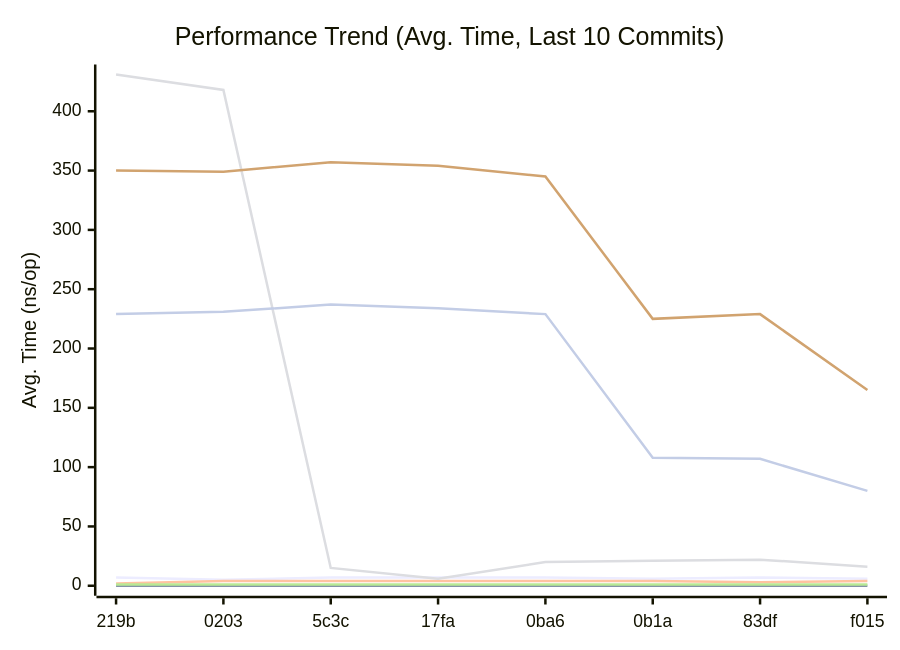
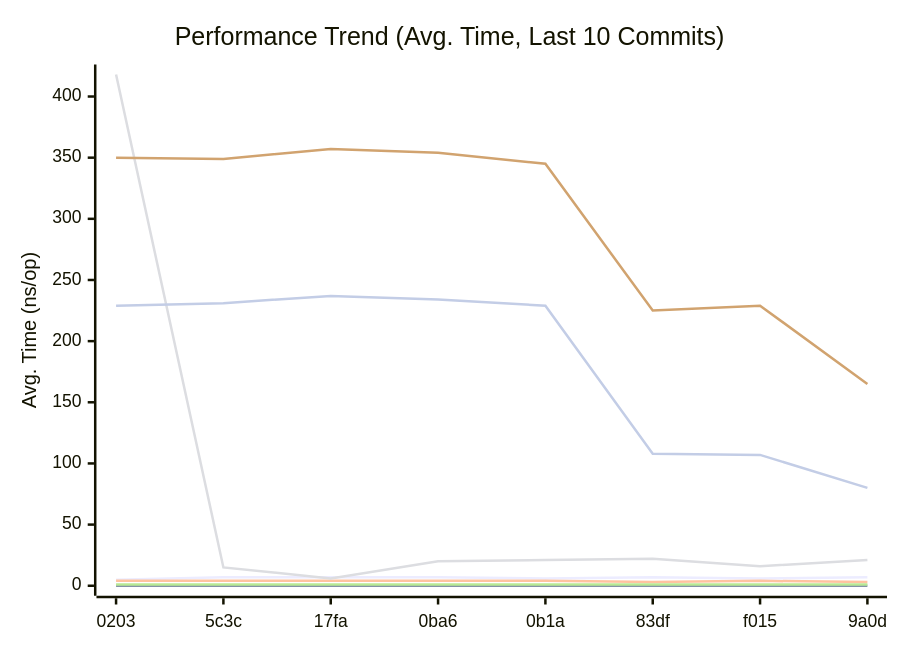
One commit to alsotoes/momo changed the first of 3 diagrams in docs/README.md. Above: the diagram before and after it, drawn with Mermaid. The commit also changed other lines of this file and 1 other file, not shown here.

````diff
--- a/docs/README.md
+++ b/docs/README.md
@@ -188,14 +188,14 @@
 ```mermaid
 xychart-beta
     title "Performance Trend (Avg. Time, Last 10 Commits)"
     x-axis "Commit"
     y-axis "Avg. Time (ns/op)"
-    x-axis [219b,0203,5c3c,17fa,0ba6,0b1a,83df,f015]
-    line "CheckMetricsAndSwap" [7,5,7,7,7,6,7,6,7,7]
+    x-axis [0203,5c3c,17fa,0ba6,0b1a,83df,f015,9a0d]
+    line "CheckMetricsAndSwap" [5,7,7,7,6,7,6,7,7,7]
     line "IndexDirectTracking" [0,0,0,0,0,0,0,0,0,0]
-    line "IndexSearch" [2,4,4,4,4,4,3,4,3,3]
-    line "LoadGlobalConfig" [431,418,15,6,20,21,22,16,21,1]
+    line "IndexSearch" [4,4,4,4,4,3,4,3,3,1]
+    line "LoadGlobalConfig" [418,15,6,20,21,22,16,21,1,20]
     line "PadString" [1,1,1,1,1,1,1,1,1,1]
     line "ParseReplicationOrder_NoPrealloc" [350,349,357,354,345,225,229,165,232,234]
     line "ParseReplicationOrder_Prealloc" [229,231,237,234,229,108,107,80,110,109]
 ```
````
